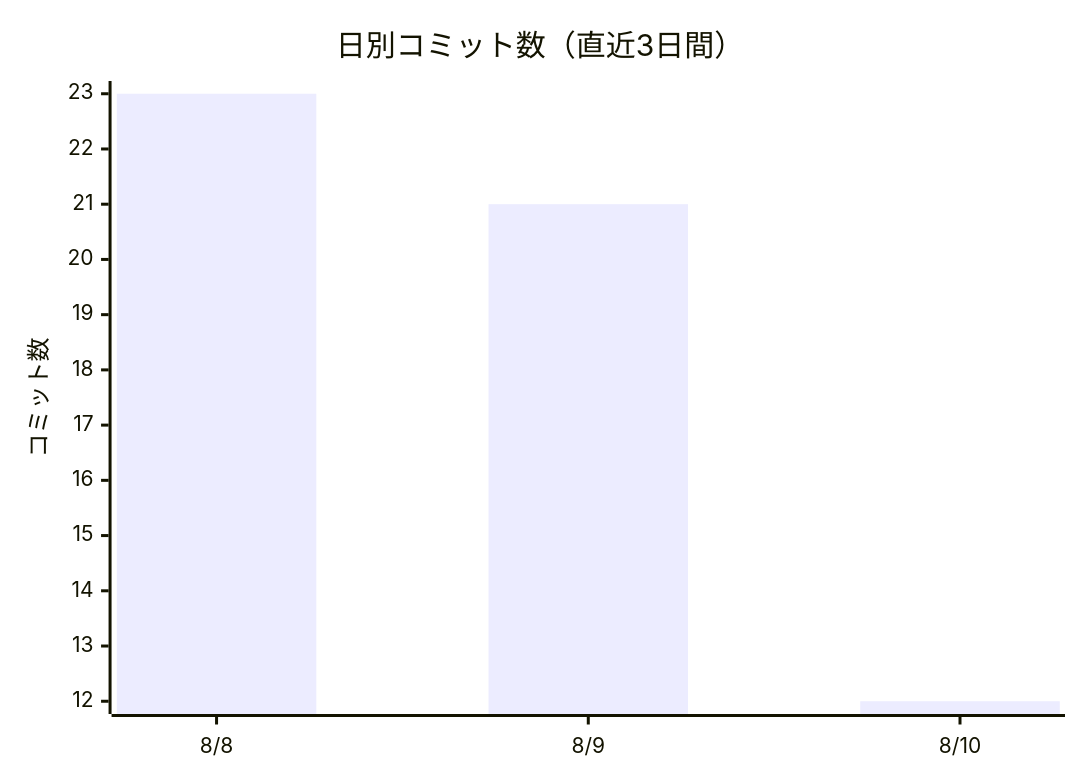
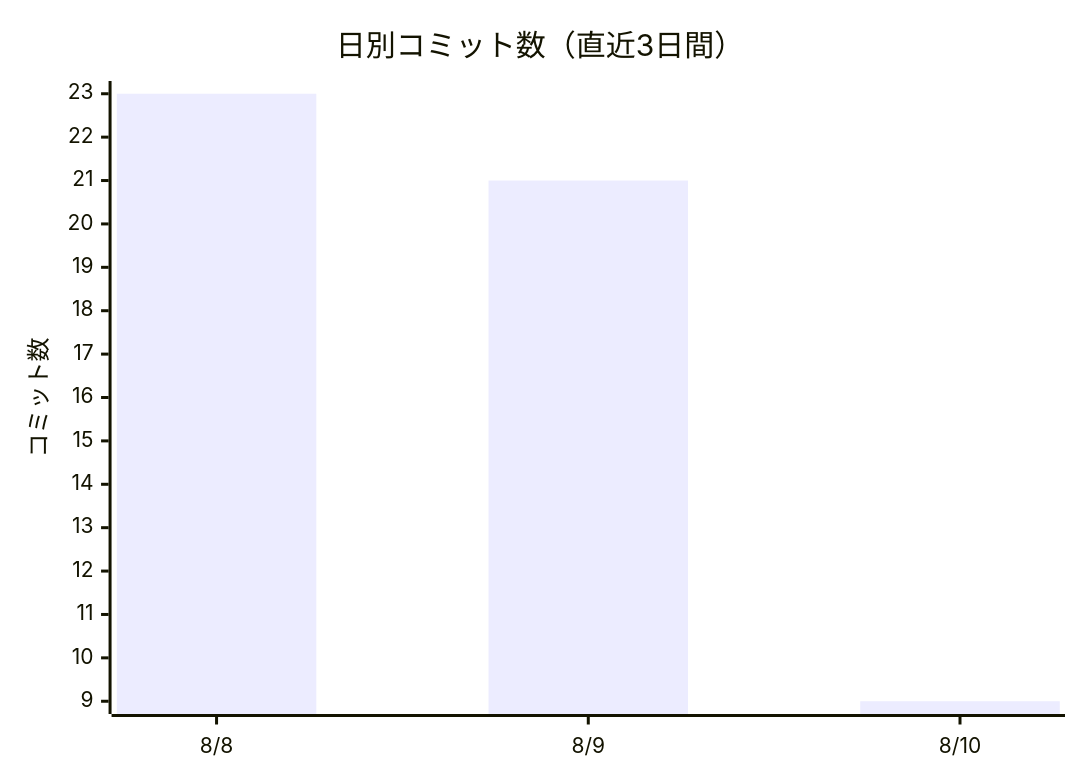
Before and after one commit to non-x2/non-x2: the first of 2 diagrams in docs/進化レポート.md, drawn with Mermaid. The commit also changed other lines of this file and 5 other files, not shown here.

````diff
--- a/docs/進化レポート.md
+++ b/docs/進化レポート.md
@@ -23,7 +23,7 @@
 ```mermaid
 xychart-beta
     title "日別コミット数（直近3日間）"
     x-axis ["8/8", "8/9", "8/10"]
     y-axis "コミット数"
-    bar [23, 21, 12]
+    bar [23, 21, 9]
 ```
````
